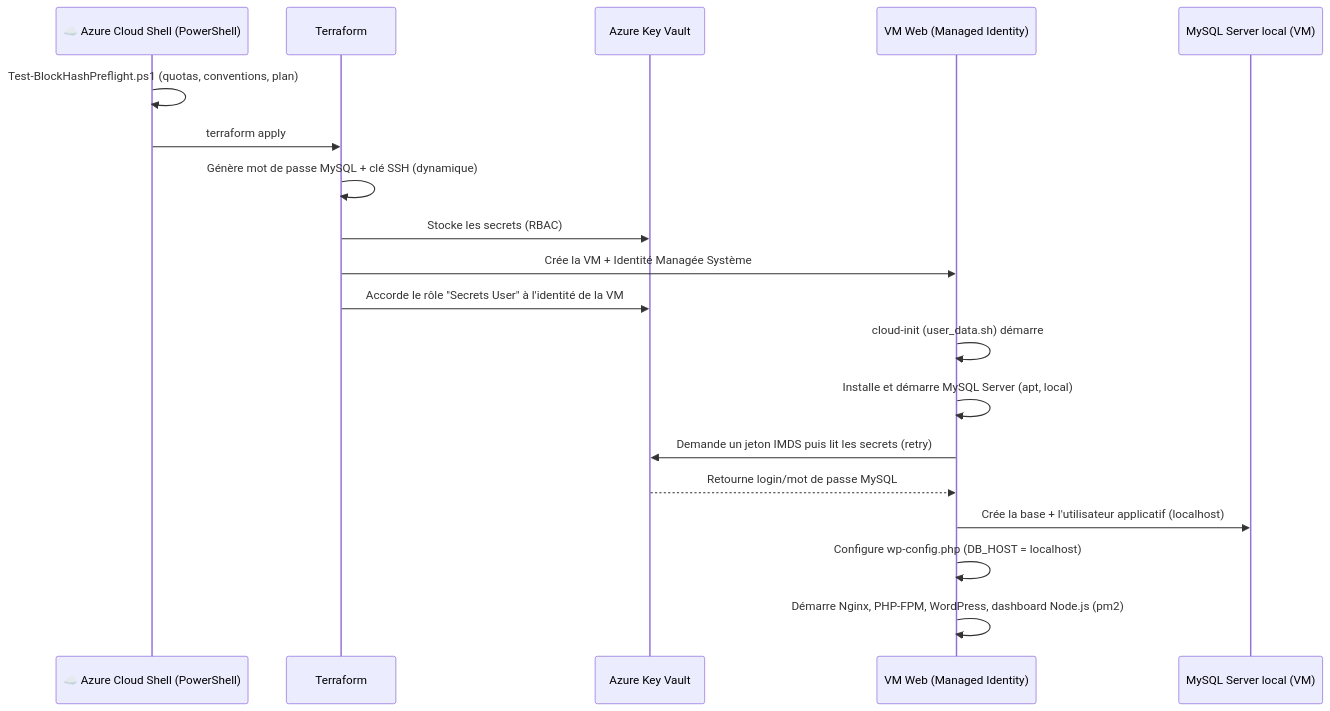
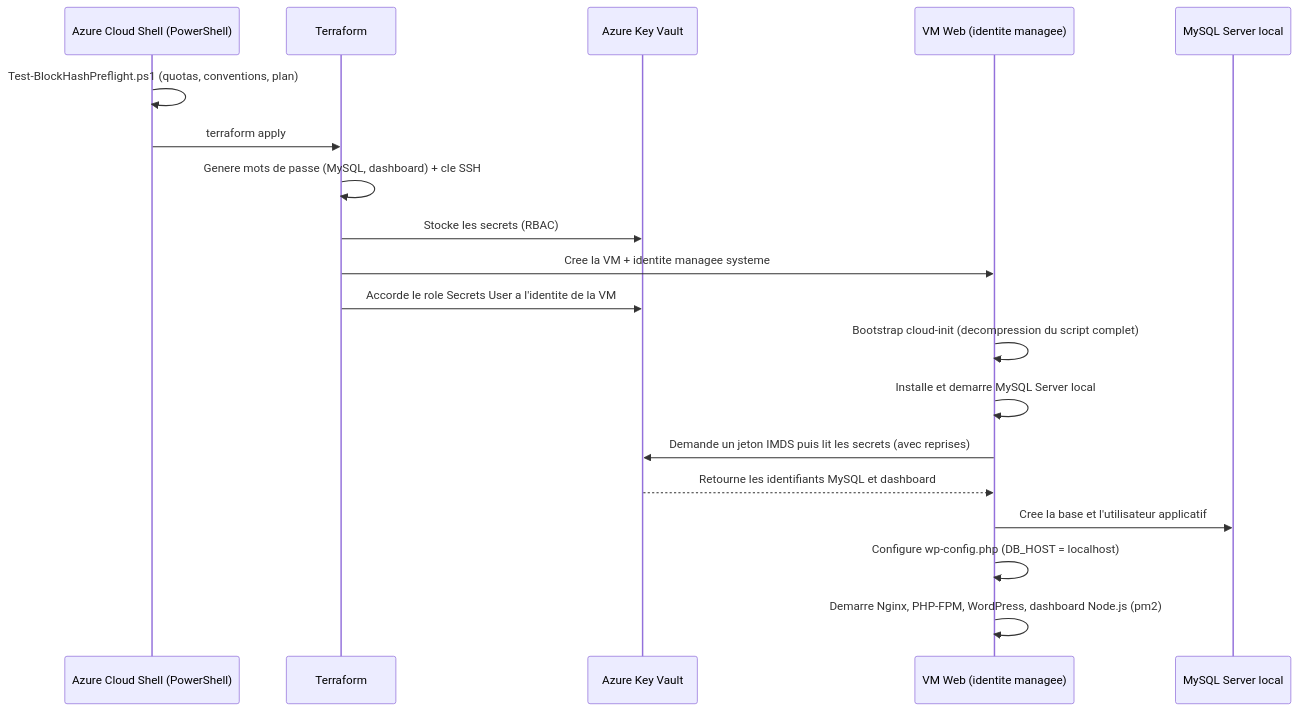
One commit to dspitech/blockhash-monitoring-wordpress changed the second of 4 diagrams in README.md. Above: the diagram before and after it, drawn with Mermaid. The commit also changed other lines of this file and 12 other files, not shown here.

````diff
--- a/README.md
+++ b/README.md
@@ -100,22 +103,22 @@
 ```mermaid
 sequenceDiagram
-    participant Cloud as ☁️ Azure Cloud Shell (PowerShell)
+    participant Shell as Azure Cloud Shell (PowerShell)
     participant TF as Terraform
     participant KV as Azure Key Vault
-    participant VM as VM Web (Managed Identity)
-    participant MySQL as MySQL Server local (VM)
+    participant VM as VM Web (identite managee)
+    participant MySQL as MySQL Server local
 
-    Cloud->>Cloud: Test-BlockHashPreflight.ps1 (quotas, conventions, plan)
-    Cloud->>TF: terraform apply
-    TF->>TF: Génère mot de passe MySQL + clé SSH (dynamique)
+    Shell->>Shell: Test-BlockHashPreflight.ps1 (quotas, conventions, plan)
+    Shell->>TF: terraform apply
+    TF->>TF: Genere mots de passe (MySQL, dashboard) + cle SSH
     TF->>KV: Stocke les secrets (RBAC)
-    TF->>VM: Crée la VM + Identité Managée Système
-    TF->>KV: Accorde le rôle "Secrets User" à l'identité de la VM
-    VM->>VM: cloud-init (user_data.sh) démarre
-    VM->>VM: Installe et démarre MySQL Server (apt, local)
-    VM->>KV: Demande un jeton IMDS puis lit les secrets (retry)
-    KV-->>VM: Retourne login/mot de passe MySQL
-    VM->>MySQL: Crée la base + l'utilisateur applicatif (localhost)
+    TF->>VM: Cree la VM + identite managee systeme
+    TF->>KV: Accorde le role Secrets User a l'identite de la VM
+    VM->>VM: Bootstrap cloud-init (decompression du script complet)
+    VM->>VM: Installe et demarre MySQL Server local
+    VM->>KV: Demande un jeton IMDS puis lit les secrets (avec reprises)
+    KV-->>VM: Retourne les identifiants MySQL et dashboard
+    VM->>MySQL: Cree la base et l'utilisateur applicatif
     VM->>VM: Configure wp-config.php (DB_HOST = localhost)
-    VM->>VM: Démarre Nginx, PHP-FPM, WordPress, dashboard Node.js (pm2)
+    VM->>VM: Demarre Nginx, PHP-FPM, WordPress, dashboard Node.js (pm2)
 ```
````
